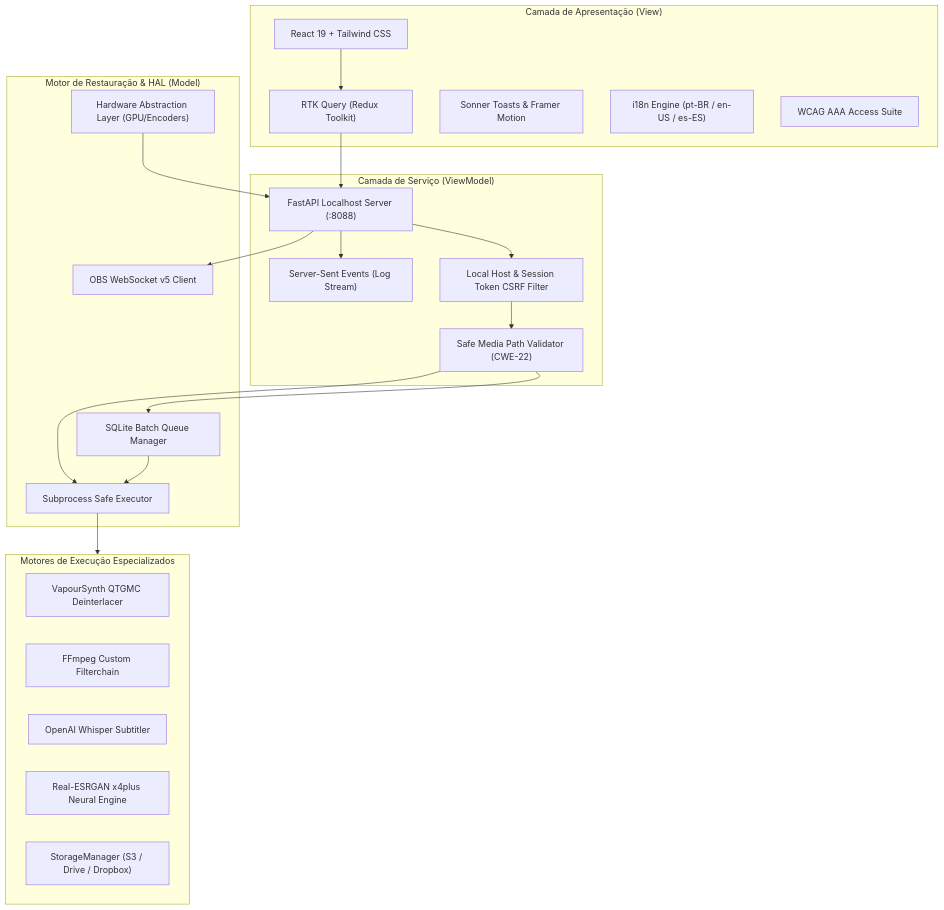
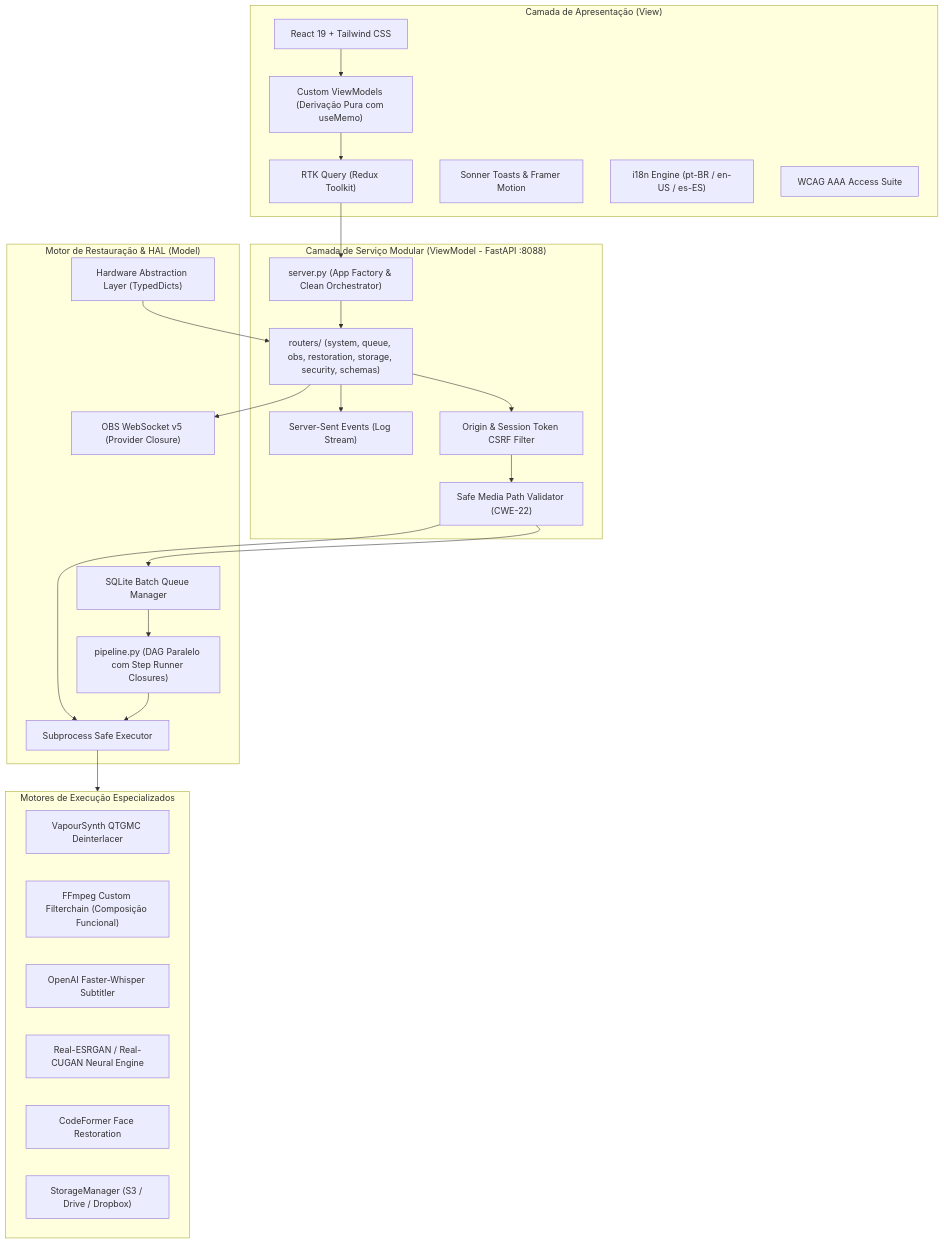
One commit to orgchrono/vhs-capture-scripts changed the diagram in README.md. Above: the diagram before and after it, drawn with Mermaid. The commit also changed other lines of this file and 3 other files, not shown here.

Commit message:
docs: comprehensively document modular routers, FP core, MVVM architecture, and API reference

````diff
--- a/README.md
+++ b/README.md
@@ -48,44 +49,51 @@
 ```mermaid
 flowchart TD
     subgraph UI ["Camada de Apresentação (View)"]
         ReactUI["React 19 + Tailwind CSS"]
+        ViewModels["Custom ViewModels (Derivação Pura com useMemo)"]
         RTK["RTK Query (Redux Toolkit)"]
         Sonner["Sonner Toasts & Framer Motion"]
         i18n["i18n Engine (pt-BR / en-US / es-ES)"]
         a11y["WCAG AAA Access Suite"]
     end
 
-    subgraph API ["Camada de Serviço (ViewModel)"]
-        FastAPI["FastAPI Localhost Server (:8088)"]
+    subgraph API ["Camada de Serviço Modular (ViewModel - FastAPI :8088)"]
+        ServerFactory["server.py (App Factory & Clean Orchestrator)"]
+        Routers["routers/ (system, queue, obs, restoration, storage, security, schemas)"]
         SSE["Server-Sent Events (Log Stream)"]
-        AuthMiddleware["Local Host & Session Token CSRF Filter"]
+        AuthMiddleware["Origin & Session Token CSRF Filter"]
         SafePath["Safe Media Path Validator (CWE-22)"]
     end
 
     subgraph Core ["Motor de Restauração & HAL (Model)"]
-        HAL["Hardware Abstraction Layer (GPU/Encoders)"]
+        HAL["Hardware Abstraction Layer (TypedDicts)"]
         Queue["SQLite Batch Queue Manager"]
         ProcessMgr["Subprocess Safe Executor"]
-        OBSClient["OBS WebSocket v5 Client"]
+        OBSClient["OBS WebSocket v5 (Provider Closure)"]
+        DAGPipeline["pipeline.py (DAG Paralelo com Step Runner Closures)"]
     end
 
     subgraph Engines ["Motores de Execução Especializados"]
         VapourSynth["VapourSynth QTGMC Deinterlacer"]
-        FFmpeg["FFmpeg Custom Filterchain"]
-        Whisper["OpenAI Whisper Subtitler"]
-        ESRGAN["Real-ESRGAN x4plus Neural Engine"]
+        FFmpeg["FFmpeg Custom Filterchain (Composição Funcional)"]
+        Whisper["OpenAI Faster-Whisper Subtitler"]
+        ESRGAN["Real-ESRGAN / Real-CUGAN Neural Engine"]
+        CodeFormer["CodeFormer Face Restoration"]
         Storage["StorageManager (S3 / Drive / Dropbox)"]
     end
 
-    ReactUI --> RTK
-    RTK --> FastAPI
-    FastAPI --> AuthMiddleware
+    ReactUI --> ViewModels
+    ViewModels --> RTK
+    RTK --> ServerFactory
+    ServerFactory --> Routers
+    Routers --> AuthMiddleware
     AuthMiddleware --> SafePath
     SafePath --> ProcessMgr
     SafePath --> Queue
-    FastAPI --> SSE
-    FastAPI --> OBSClient
-    Queue --> ProcessMgr
+    Routers --> SSE
+    Routers --> OBSClient
+    Queue --> DAGPipeline
+    DAGPipeline --> ProcessMgr
     ProcessMgr --> Engines
-    HAL --> FastAPI
+    HAL --> Routers
 ```
````
